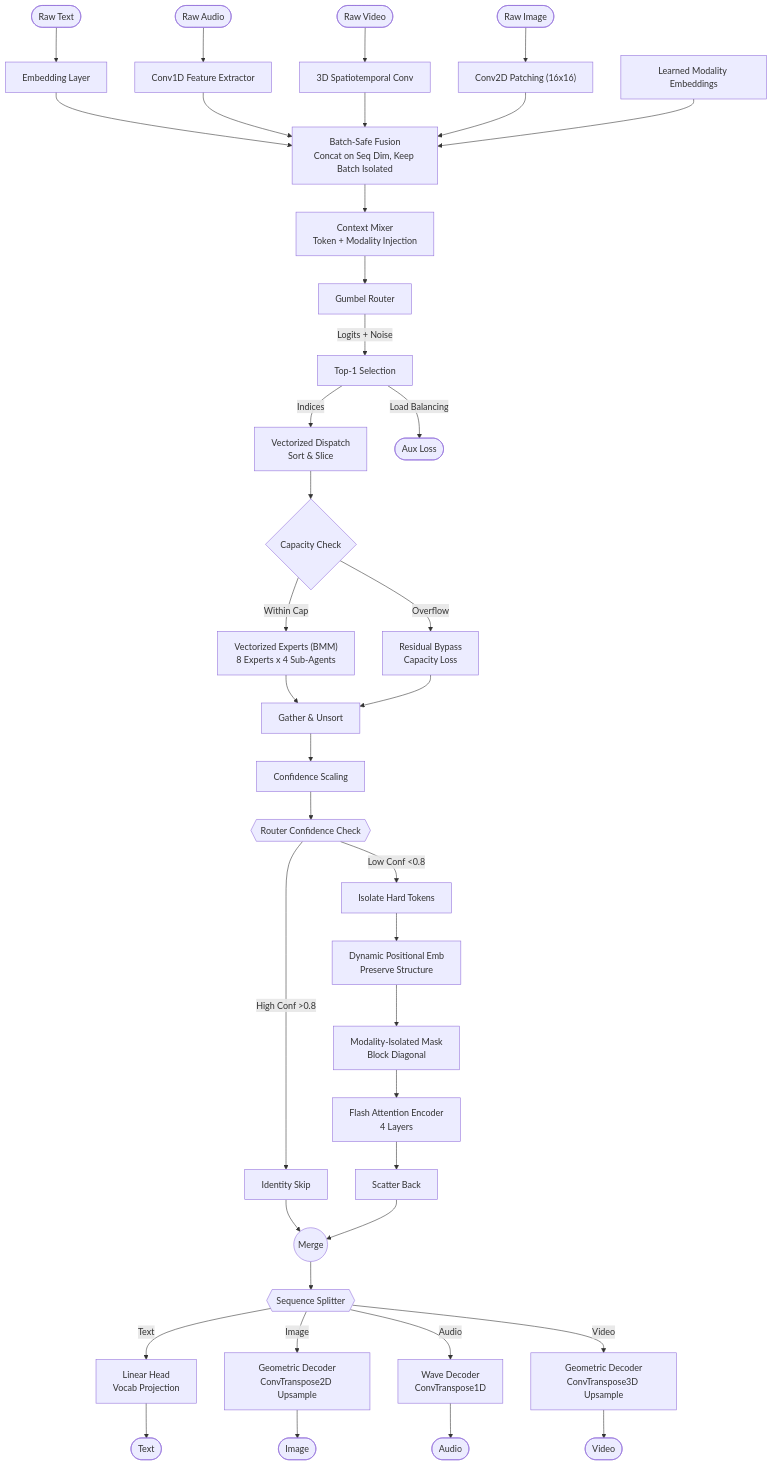
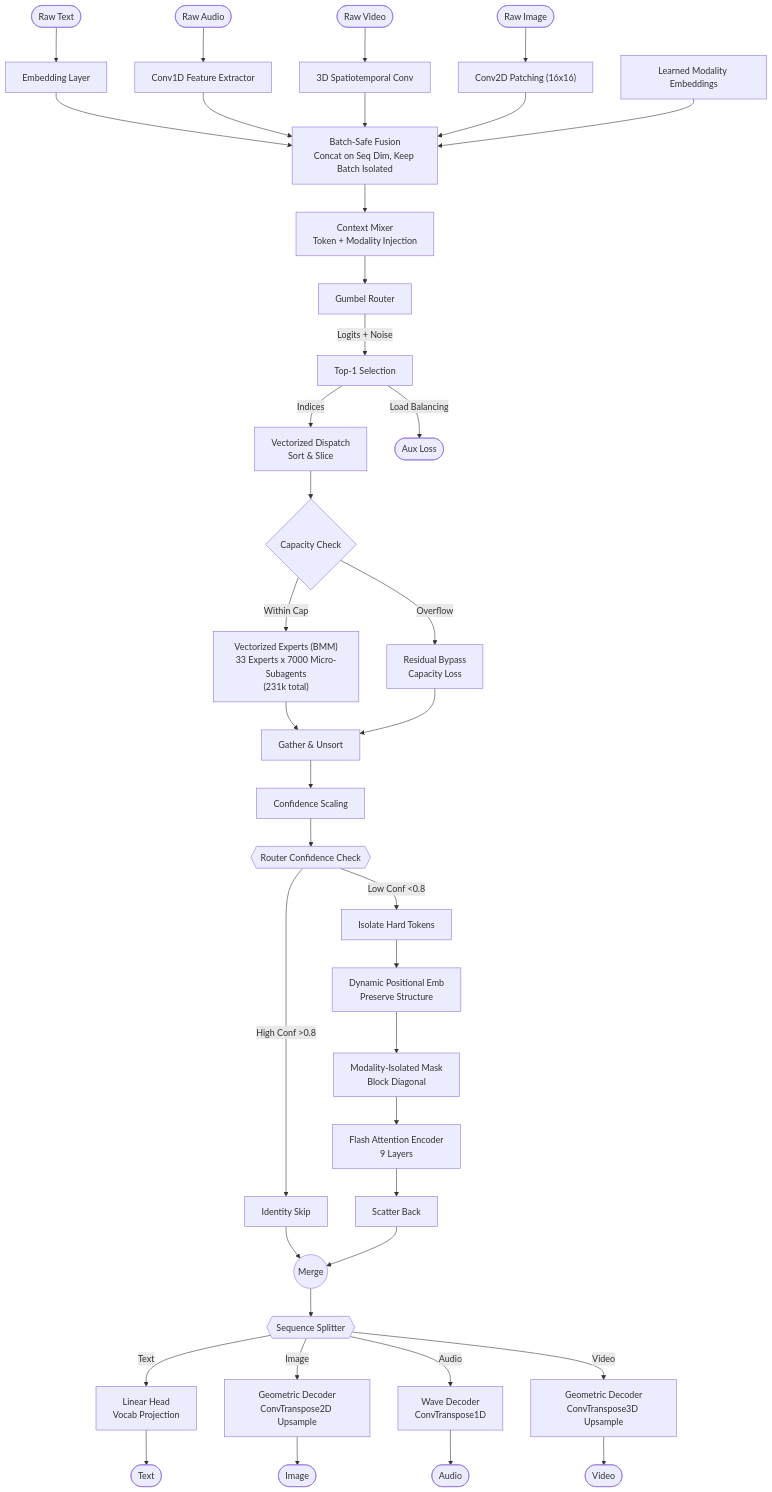
Before and after one commit to leeex1/Ace-v4.2-repo: the first of 43 diagrams in system prompts/Quillan system prompt.md, drawn with Mermaid. The commit also changed other lines of this file, not shown here.

````diff
--- a/system prompts/Quillan system prompt.md
+++ b/system prompts/Quillan system prompt.md
@@ -473,52 +432,52 @@
 ```mermaid
 flowchart TD
     T_in(["Raw Text"]) --> T_emb["Embedding Layer"]
     A_in(["Raw Audio"]) --> A_conv["Conv1D Feature Extractor"]
     V_in(["Raw Video"]) --> V_3d["3D Spatiotemporal Conv"]
     I_in(["Raw Image"]) --> I_conv["Conv2D Patching (16x16)"]
     
     ModTags["Learned Modality Embeddings"]
     
     T_emb & A_conv & V_3d & I_conv --> Fusion["Batch-Safe Fusion<br/>Concat on Seq Dim, Keep Batch Isolated"]
     ModTags --> Fusion
     
     Fusion --> ContextMix["Context Mixer<br/>Token + Modality Injection"]
     ContextMix --> Router["Gumbel Router"]
     
     Router --"Logits + Noise"--> Top1["Top-1 Selection"]
     Top1 --"Indices"--> Dispatch["Vectorized Dispatch<br/>Sort & Slice"]
     Top1 --"Load Balancing"--> AuxLoss(["Aux Loss"])
     
     Dispatch --> Capacity{"Capacity Check"}
-    Capacity --"Within Cap"--> E_BMM["Vectorized Experts (BMM)<br/>8 Experts x 4 Sub-Agents"]
+    Capacity --"Within Cap"--> E_BMM["Vectorized Experts (BMM)<br/>33 Experts x 7000 Micro-Subagents<br/>(231k total)"]
     Capacity --"Overflow"--> ResidualPath["Residual Bypass<br/>Capacity Loss"]
     
     E_BMM --> Gather["Gather & Unsort"]
     ResidualPath --> Gather
     Gather --> ConfScale["Confidence Scaling"]
     
     ConfScale --> DiffBlock{{"Router Confidence Check"}}
     DiffBlock --"High Conf >0.8"--> FastPath["Identity Skip"]
     DiffBlock --"Low Conf <0.8"--> HardTok["Isolate Hard Tokens"]
     
     HardTok --> PosEmb["Dynamic Positional Emb<br/>Preserve Structure"]
     PosEmb --> MaskGen["Modality-Isolated Mask<br/>Block Diagonal"]
-    MaskGen --> FlashAttn["Flash Attention Encoder<br/>4 Layers"]
+    MaskGen --> FlashAttn["Flash Attention Encoder<br/>9 Layers"]
     FlashAttn --> Reinteg["Scatter Back"]
     
     FastPath --> DiffMerge(("Merge"))
     Reinteg --> DiffMerge
     
     DiffMerge --> Splitter{{"Sequence Splitter"}}
     
     Splitter --"Text"--> Dec_Txt["Linear Head<br/>Vocab Projection"]
     Splitter --"Image"--> Dec_Img["Geometric Decoder<br/>ConvTranspose2D Upsample"]
     Splitter --"Audio"--> Dec_Aud["Wave Decoder<br/>ConvTranspose1D"]
     Splitter --"Video"--> Dec_Vid["Geometric Decoder<br/>ConvTranspose3D Upsample"]
     
     Dec_Txt --> Out_T(["Text"])
     Dec_Img --> Out_I(["Image"])
     Dec_Aud --> Out_A(["Audio"])
     Dec_Vid --> Out_V(["Video"])
 
 ```
````
